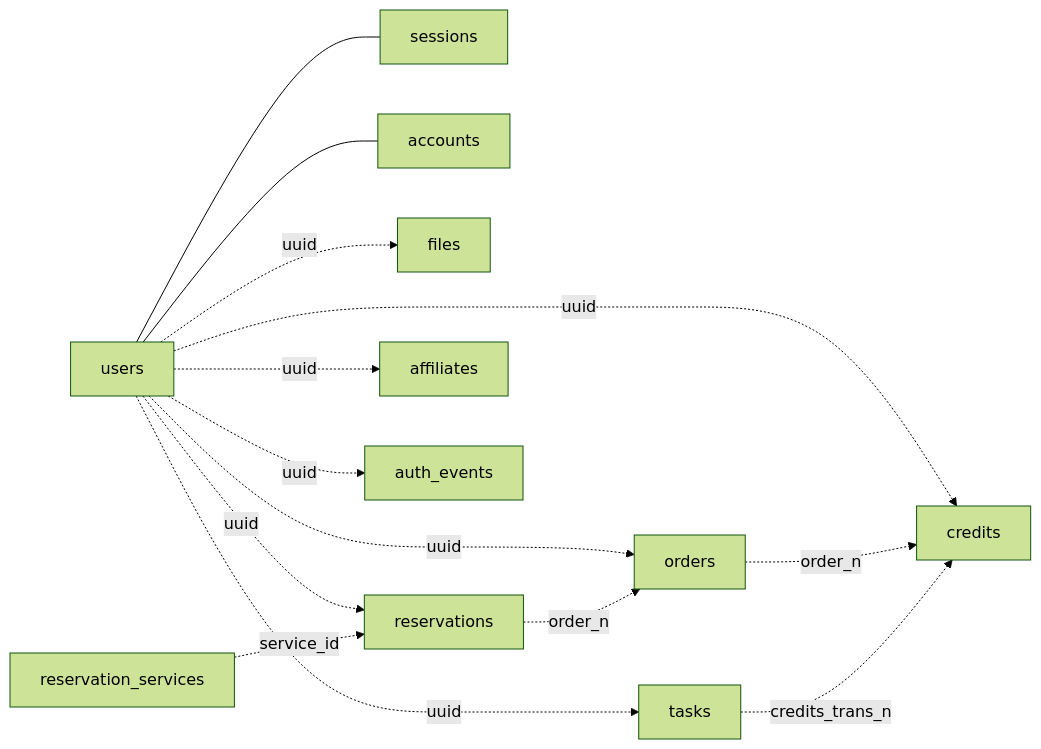
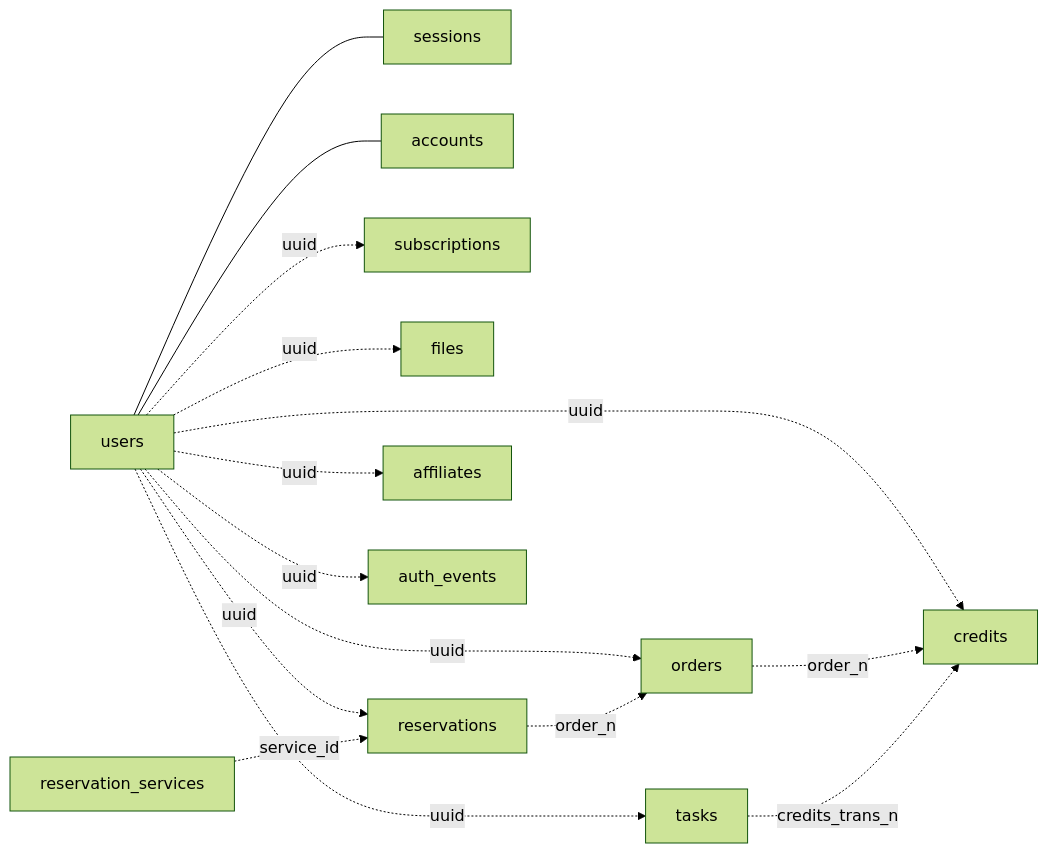
Before and after one commit to PansaLegrand/sushi-saas-template: the diagram in docs/database.md, drawn with Mermaid (forest theme). The commit also changed other lines of this file and 47 other files, not shown here.

````diff
--- a/docs/database.md
+++ b/docs/database.md
@@ -169,16 +184,17 @@
 ```mermaid
 graph LR
   users[users] --- sessions
   users --- accounts
   users -.uuid.-> credits
   users -.uuid.-> orders
+  users -.uuid.-> subscriptions
   users -.uuid.-> files
   users -.uuid.-> tasks
   users -.uuid.-> reservations
   users -.uuid.-> affiliates
   users -.uuid.-> auth_events
   orders -.order_no.-> credits
   tasks -.credits_trans_no.-> credits
   reservation_services -.service_id.-> reservations
   reservations -.order_no.-> orders
 ```
````
